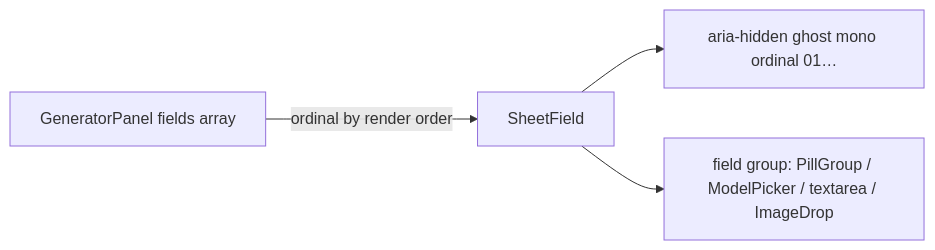
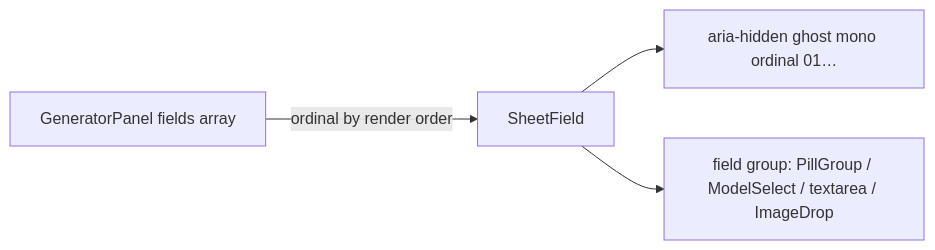
One commit to AzamatRaimbekov2/openCreate changed the diagram in apps/web/src/modules/Generator/components/SheetField.tsx.md. Above: the diagram before and after it, drawn with Mermaid. The commit also changed 20 other files, not shown here.

First line of the commit message:
feat(web): custom model select with provider logos, tariffs and descriptions

````diff
--- a/apps/web/src/modules/Generator/components/SheetField.tsx.md
+++ b/apps/web/src/modules/Generator/components/SheetField.tsx.md
@@ -30,6 +30,6 @@
 ```mermaid
 flowchart LR
   GP[GeneratorPanel fields array] -->|ordinal by render order| SF[SheetField]
   SF --> ORD[aria-hidden ghost mono ordinal 01…]
-  SF --> CNT[field group: PillGroup / ModelPicker / textarea / ImageDrop]
+  SF --> CNT[field group: PillGroup / ModelSelect / textarea / ImageDrop]
 ```
````
